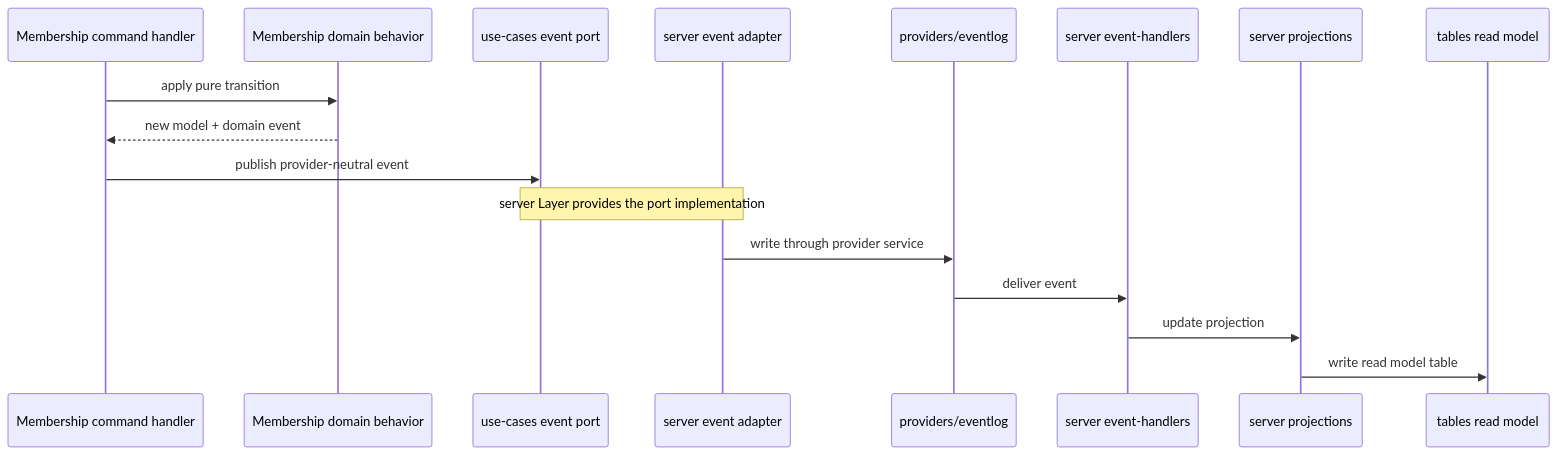
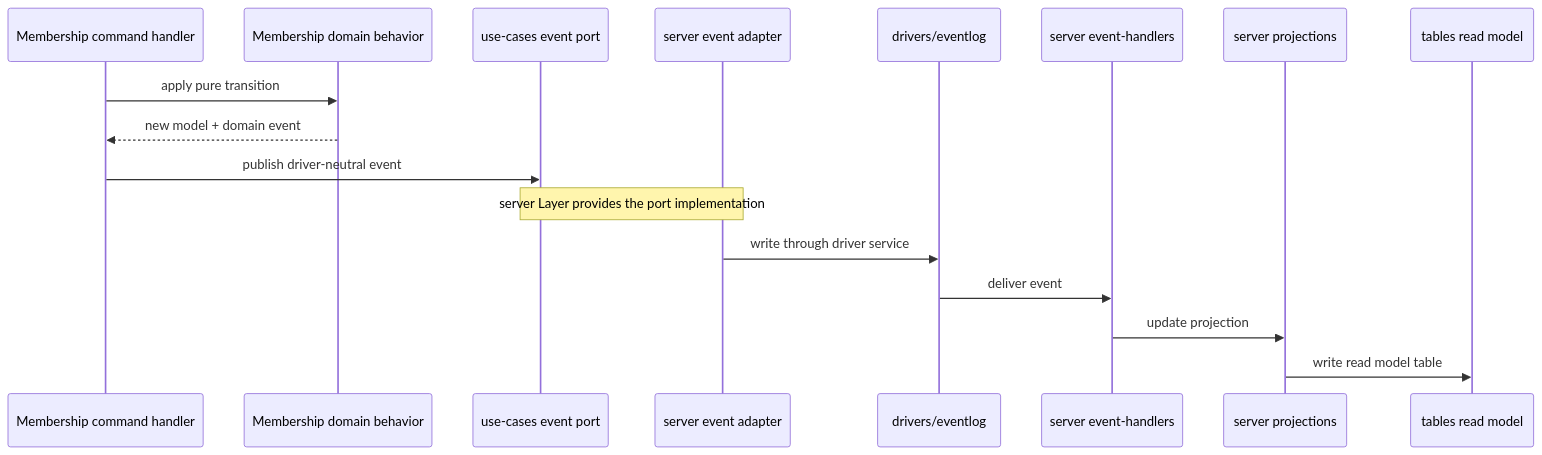
Before and after one commit to kriegcloud/beep-effect: the fifth of 6 diagrams in standards/ARCHITECTURE.md, drawn with Mermaid. The commit also changed other lines of this file and 12 other files, not shown here.

````diff
--- a/standards/ARCHITECTURE.md
+++ b/standards/ARCHITECTURE.md
@@ -935,20 +1212,20 @@
 ```mermaid
 sequenceDiagram
   participant Command as Membership command handler
   participant Domain as Membership domain behavior
   participant Port as use-cases event port
   participant Adapter as server event adapter
-  participant EventLog as providers/eventlog
+  participant EventLog as drivers/eventlog
   participant Handler as server event-handlers
   participant Projection as server projections
   participant ReadModel as tables read model
 
   Command->>Domain: apply pure transition
   Domain-->>Command: new model + domain event
-  Command->>Port: publish provider-neutral event
+  Command->>Port: publish driver-neutral event
   Note over Port,Adapter: server Layer provides the port implementation
-  Adapter->>EventLog: write through provider service
+  Adapter->>EventLog: write through driver service
   EventLog->>Handler: deliver event
   Handler->>Projection: update projection
   Projection->>ReadModel: write read model table
 ```
````
